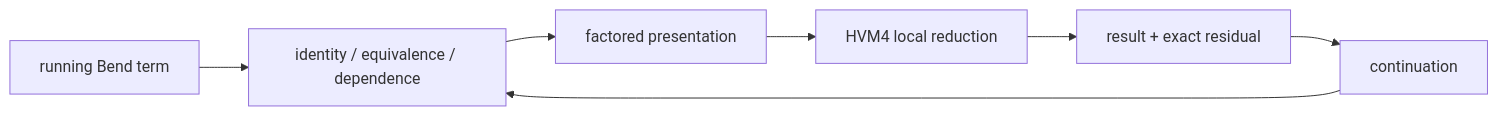
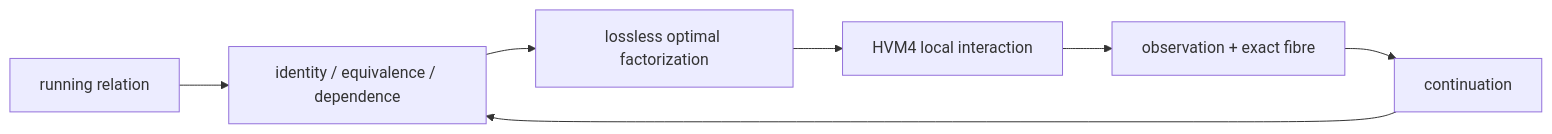
One commit to avikj/metacircular-interaction-prototype changed the diagram in collab/bend2-cubical/BEND_HVM_COMPUTATIONAL_UNIVALENCE.md. Above: the diagram before and after it, drawn with Mermaid. The commit also changed other lines of this file, not shown here.

Commit message:
Reframe Bend report around optimal interaction calculus and add SAT appendix

````diff
--- a/collab/bend2-cubical/BEND_HVM_COMPUTATIONAL_UNIVALENCE.md
+++ b/collab/bend2-cubical/BEND_HVM_COMPUTATIONAL_UNIVALENCE.md
@@ -25,9 +39,9 @@
 ```mermaid
 flowchart LR
-  P["running Bend term"] --> I["identity / equivalence / dependence"]
-  I --> F["factored presentation"]
-  F --> H["HVM4 local reduction"]
-  H --> O["result + exact residual"]
+  P["running relation"] --> E["identity / equivalence / dependence"]
+  E --> F["lossless optimal factorization"]
+  F --> H["HVM4 local interaction"]
+  H --> O["observation + exact fibre"]
   O --> K["continuation"]
-  K --> I
+  K --> E
 ```
````
